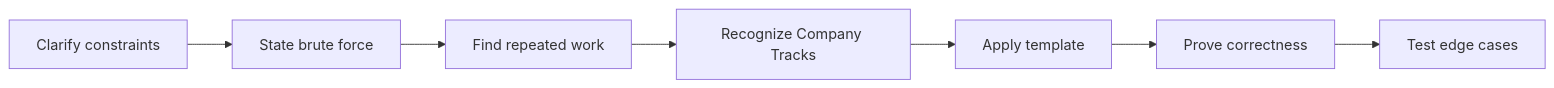
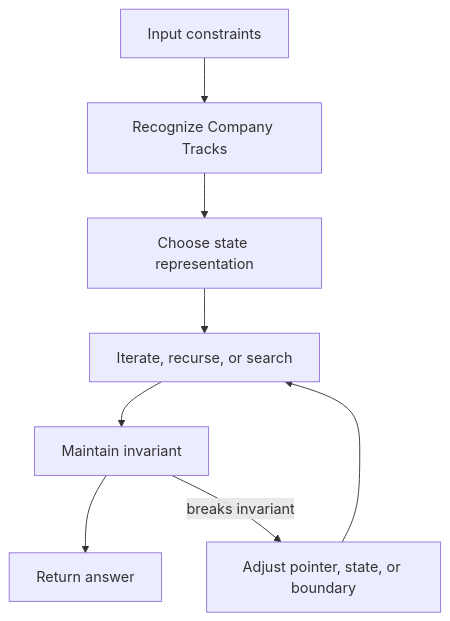
Before and after one commit to abstractinterviews/abstractinterviews.github.io: the second of 2 diagrams in coding-round/company-tracks/index.md, drawn with Mermaid. The commit also changed other lines of this file and 278 other files, not shown here.

````diff
--- a/coding-round/company-tracks/index.md
+++ b/coding-round/company-tracks/index.md
@@ -117,9 +115,10 @@
-~~~mermaid
-flowchart LR
-    A["Clarify constraints"] --> B["State brute force"]
-    B --> C["Find repeated work"]
-    C --> D["Recognize Company Tracks"]
-    D --> E["Apply template"]
-    E --> F["Prove correctness"]
-    F --> G["Test edge cases"]
-~~~
+```mermaid
+flowchart TD
+    Input["Input constraints"] --> Pattern["Recognize Company Tracks"]
+    Pattern --> State["Choose state representation"]
+    State --> Iterate["Iterate, recurse, or search"]
+    Iterate --> Check["Maintain invariant"]
+    Check --> Result["Return answer"]
+    Check -->|breaks invariant| Fix["Adjust pointer, state, or boundary"]
+    Fix --> Iterate
+```
````
